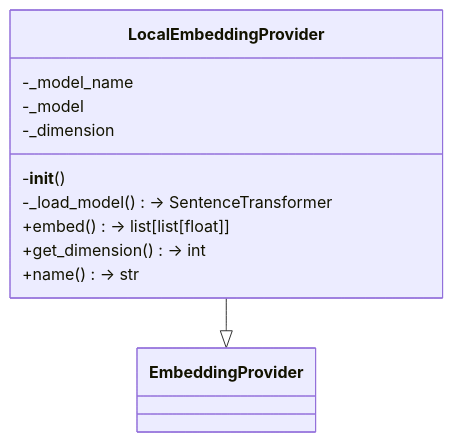
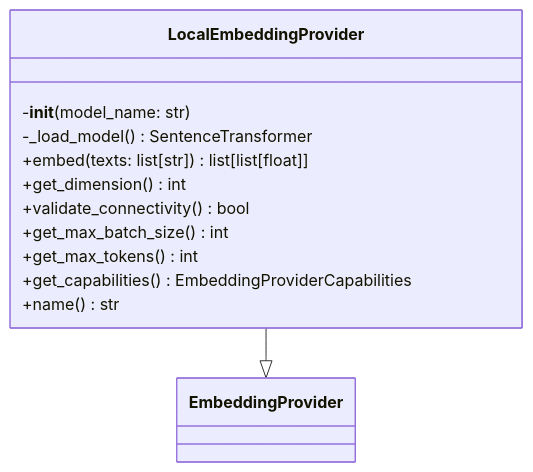
Before and after one commit to UrbanDiver/local-deepwiki-mcp: the first of 2 diagrams in .deepwiki/files/src/local_deepwiki/providers/embeddings/local.md, drawn with Mermaid. The commit also changed other lines of this file and 65 other files, not shown here.

````diff
--- a/.deepwiki/files/src/local_deepwiki/providers/embeddings/local.md
+++ b/.deepwiki/files/src/local_deepwiki/providers/embeddings/local.md
@@ -416,14 +354,15 @@
 ```mermaid
 classDiagram
     class LocalEmbeddingProvider {
-        -_model_name
-        -_model
-        -_dimension
-        -__init__()
-        -_load_model() -> SentenceTransformer
-        +embed() -> list[list[float]]
-        +get_dimension() -> int
-        +name() -> str
+        -__init__(model_name: str)
+        -_load_model() SentenceTransformer
+        +embed(texts: list[str]) list[list[float]]
+        +get_dimension() int
+        +validate_connectivity() bool
+        +get_max_batch_size() int
+        +get_max_tokens() int
+        +get_capabilities() EmbeddingProviderCapabilities
+        +name() str
     }
     LocalEmbeddingProvider --|> EmbeddingProvider
 ```
````
